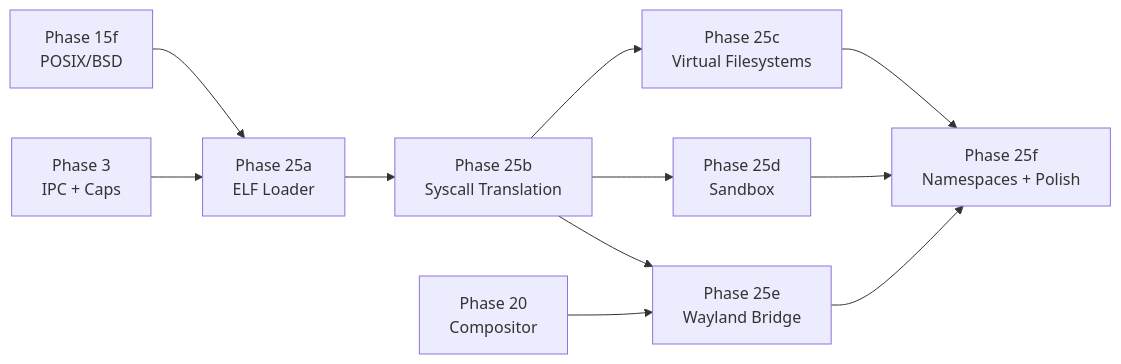
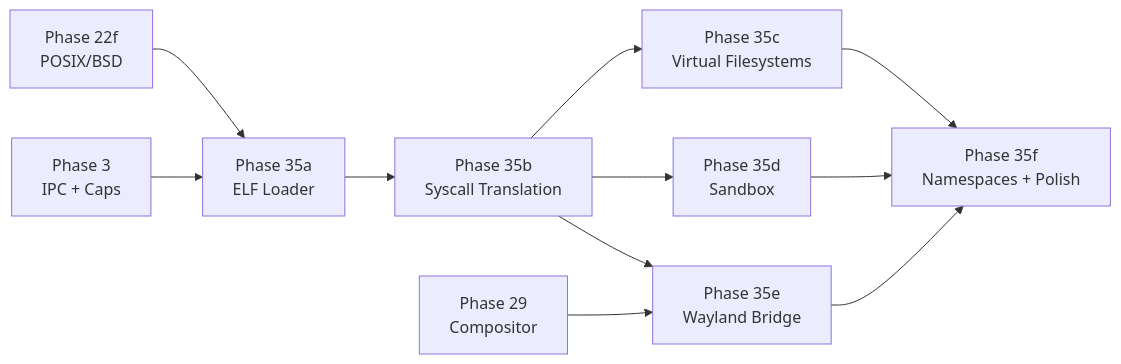
Before and after one commit to juslee/aios: the second of 2 diagrams in docs/platform/linux-compat.md, drawn with Mermaid. The commit also changed other lines of this file and 94 other files, not shown here.

````diff
--- a/docs/platform/linux-compat.md
+++ b/docs/platform/linux-compat.md
@@ -186,13 +186,13 @@
 ```mermaid
 flowchart LR
-    P15["Phase 15f\nPOSIX/BSD"] --> P25a["Phase 25a\nELF Loader"]
-    P3["Phase 3\nIPC + Caps"] --> P25a
-    P25a --> P25b["Phase 25b\nSyscall Translation"]
-    P25b --> P25c["Phase 25c\nVirtual Filesystems"]
-    P25b --> P25d["Phase 25d\nSandbox"]
-    P20["Phase 20\nCompositor"] --> P25e["Phase 25e\nWayland Bridge"]
-    P25b --> P25e
-    P25c --> P25f["Phase 25f\nNamespaces + Polish"]
-    P25d --> P25f
-    P25e --> P25f
+    P22["Phase 22f\nPOSIX/BSD"] --> P35a["Phase 35a\nELF Loader"]
+    P3["Phase 3\nIPC + Caps"] --> P35a
+    P35a --> P35b["Phase 35b\nSyscall Translation"]
+    P35b --> P35c["Phase 35c\nVirtual Filesystems"]
+    P35b --> P35d["Phase 35d\nSandbox"]
+    P29["Phase 29\nCompositor"] --> P35e["Phase 35e\nWayland Bridge"]
+    P35b --> P35e
+    P35c --> P35f["Phase 35f\nNamespaces + Polish"]
+    P35d --> P35f
+    P35e --> P35f
 ```
````
